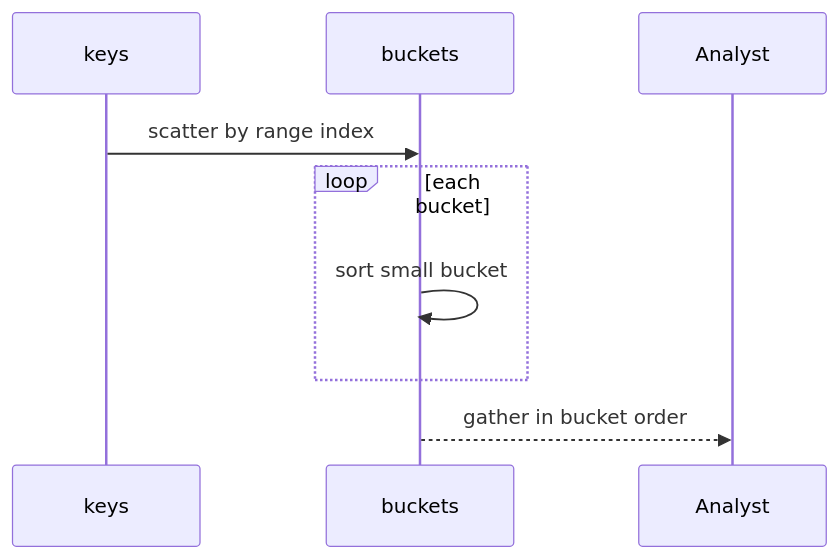
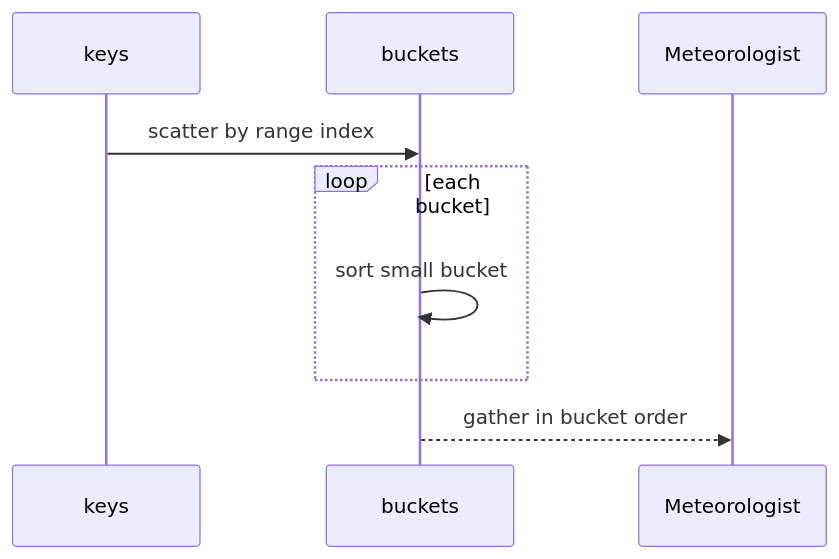
The second of 9 diagrams in docs/dsa/algorithms/bucket-sort/index.md (qgjones9/python-programming-guide), drawn with Mermaid before and after one commit. The commit also changed other lines of this file and 29 other files, not shown here.

````diff
--- a/docs/dsa/algorithms/bucket-sort/index.md
+++ b/docs/dsa/algorithms/bucket-sort/index.md
@@ -64,10 +64,10 @@
 ```mermaid
 sequenceDiagram
   participant A as keys
   participant B as buckets
   A->>B: scatter by range index
   loop each bucket
     B->>B: sort small bucket
   end
-  B-->>Analyst: gather in bucket order
+  B-->>Meteorologist: gather in bucket order
 ```
````
